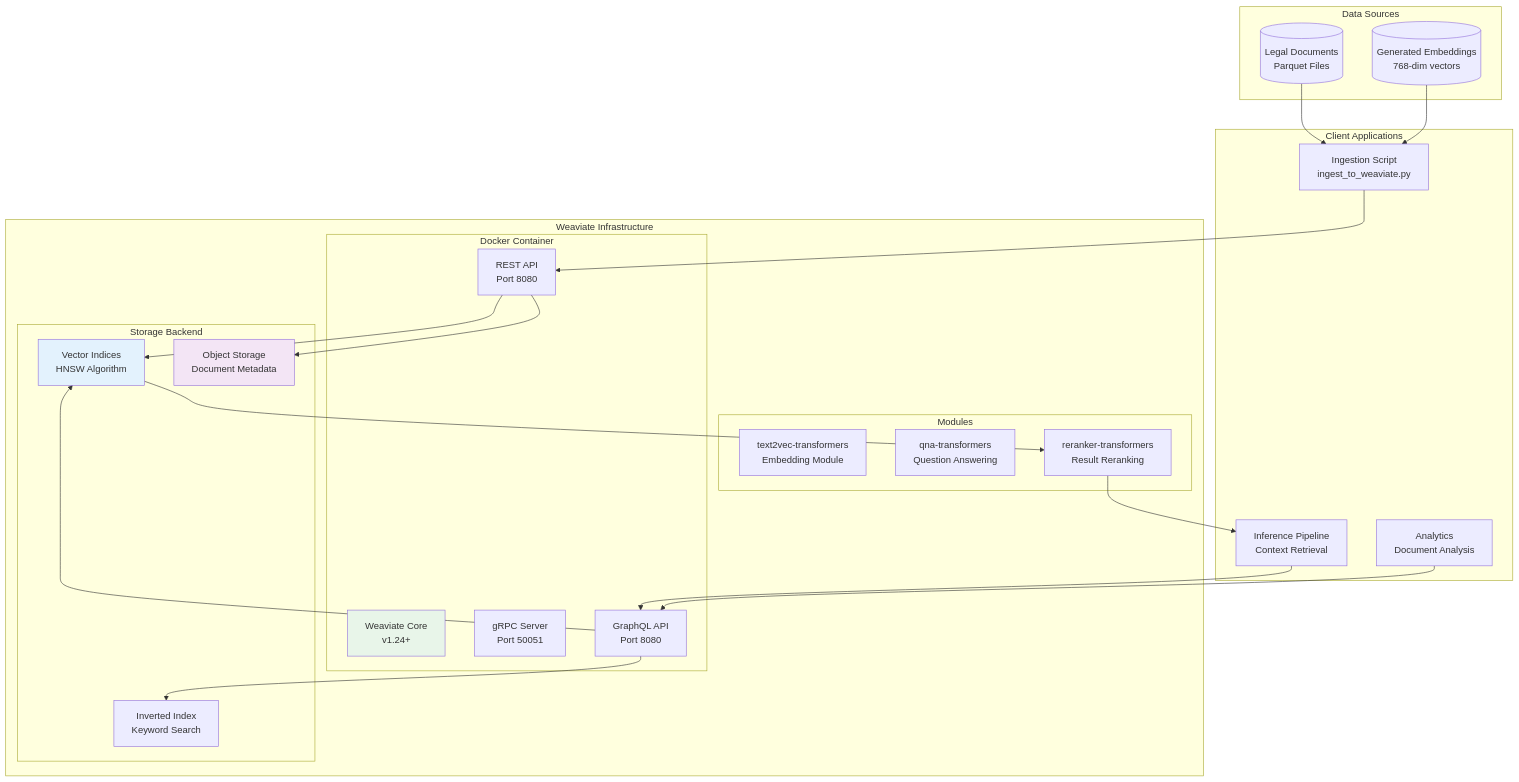
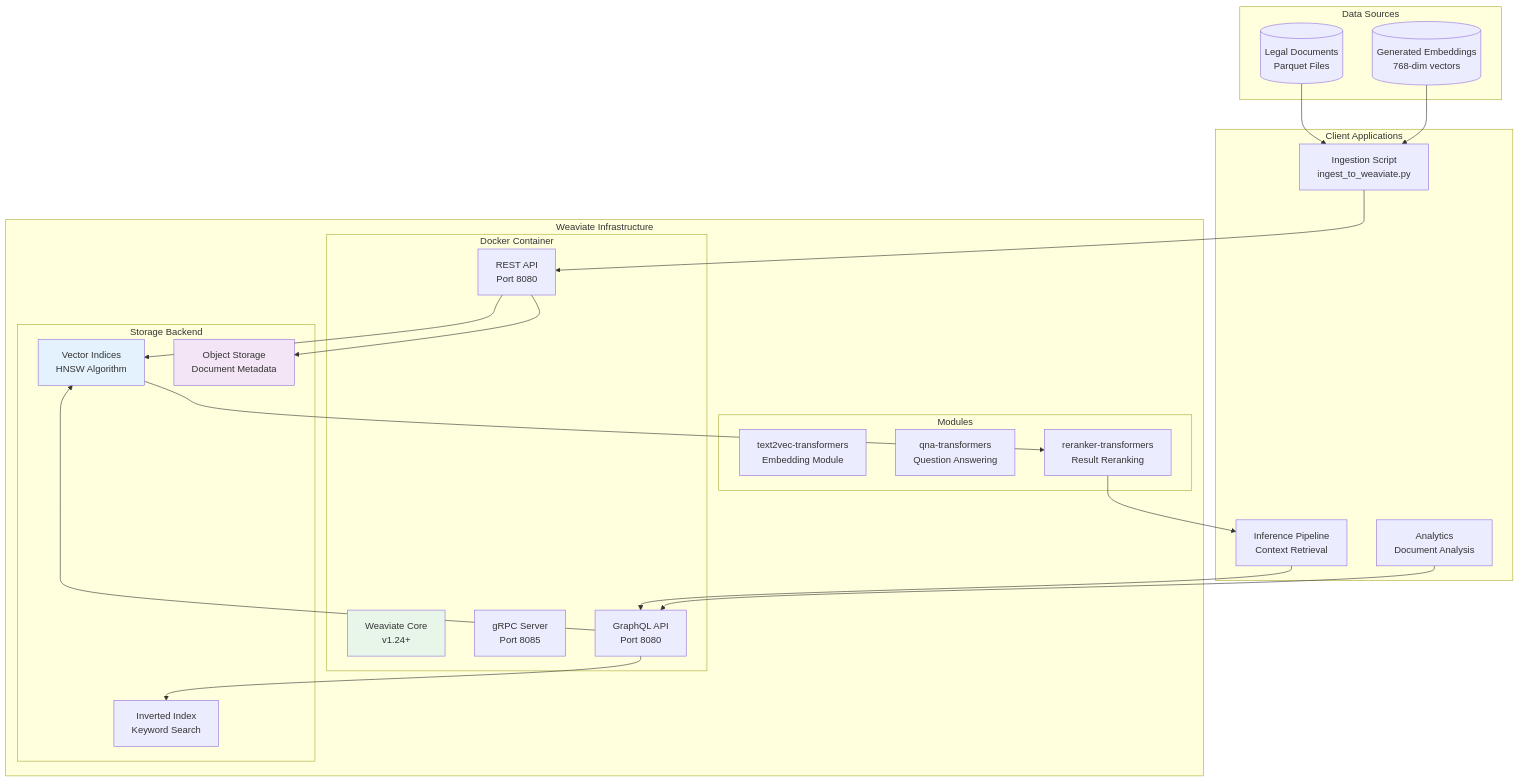
One commit to pwr-ai/JuDDGES changed the first of 12 diagrams in docs/explanation/architecture/WEAVIATE_INTEGRATION.md. Above: the diagram before and after it, drawn with Mermaid. The commit also changed other lines of this file and 26 other files, not shown here.

````diff
--- a/docs/explanation/architecture/WEAVIATE_INTEGRATION.md
+++ b/docs/explanation/architecture/WEAVIATE_INTEGRATION.md
@@ -9,52 +9,52 @@
 ```mermaid
 graph TB
     subgraph "Data Sources"
         Docs[("Legal Documents<br/>Parquet Files")]
         Embeddings[("Generated Embeddings<br/>768-dim vectors")]
     end
 
     subgraph "Weaviate Infrastructure"
         subgraph "Docker Container"
             WeaviateCore["Weaviate Core<br/>v1.24+"]
-            GRPC["gRPC Server<br/>Port 50051"]
+            GRPC["gRPC Server<br/>Port 8085"]
             REST["REST API<br/>Port 8080"]
             GraphQL["GraphQL API<br/>Port 8080"]
         end
 
         subgraph "Storage Backend"
             VectorIndex["Vector Indices<br/>HNSW Algorithm"]
             ObjectStore["Object Storage<br/>Document Metadata"]
             InvertedIndex["Inverted Index<br/>Keyword Search"]
         end
 
         subgraph "Modules"
             Text2Vec["text2vec-transformers<br/>Embedding Module"]
             QnA["qna-transformers<br/>Question Answering"]
             Reranker["reranker-transformers<br/>Result Reranking"]
         end
     end
 
     subgraph "Client Applications"
         Ingestion["Ingestion Script<br/>ingest_to_weaviate.py"]
         Inference["Inference Pipeline<br/>Context Retrieval"]
         Analytics["Analytics<br/>Document Analysis"]
     end
 
     Docs --> Ingestion
     Embeddings --> Ingestion
     Ingestion --> REST
     REST --> ObjectStore
     REST --> VectorIndex
 
     Inference --> GraphQL
     GraphQL --> VectorIndex
     VectorIndex --> Reranker
     Reranker --> Inference
 
     Analytics --> GraphQL
     GraphQL --> InvertedIndex
 
     style WeaviateCore fill:#e8f5e9
     style VectorIndex fill:#e3f2fd
     style ObjectStore fill:#f3e5f5
 ```
````
